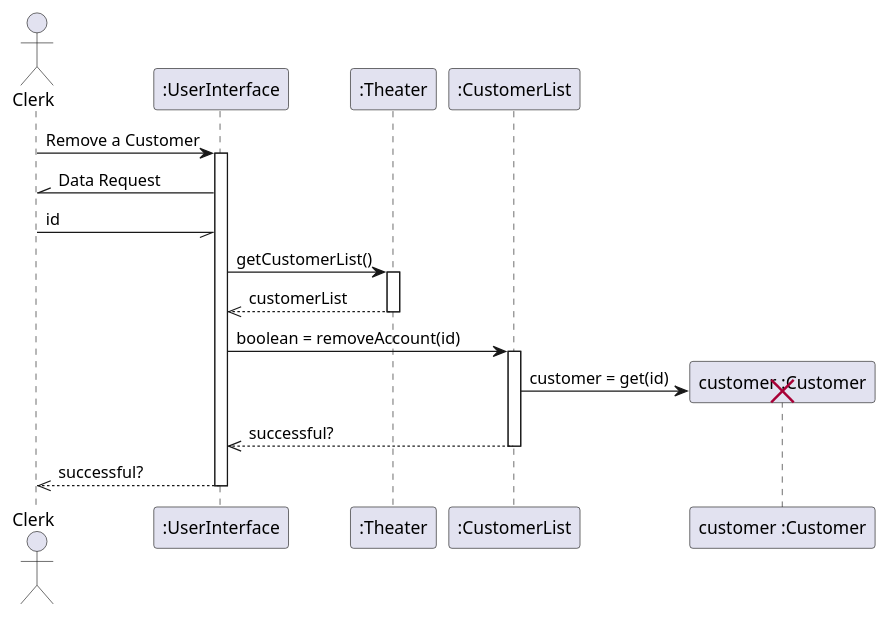
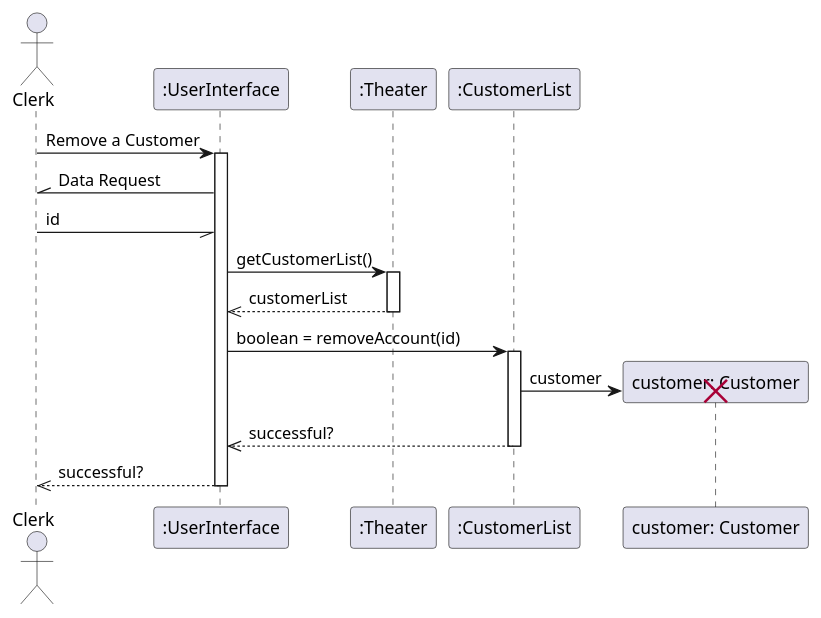
One commit to FreezeWarp/372Groupwork changed the diagram in src/SequenceDiagrams/RemoveCustomer.pu. Above: the diagram before and after it, drawn with PlantUML. The commit also changed 9 other files, not shown here.

Commit message:
Some sequence diagram fixes

```diff
--- a/src/SequenceDiagrams/RemoveCustomer.pu
+++ b/src/SequenceDiagrams/RemoveCustomer.pu
@@ -1,23 +1,23 @@
 @startuml
 
 actor Clerk
 
 Clerk -> ":UserInterface" : Remove a Customer
 activate ":UserInterface"
 Clerk //- ":UserInterface": Data Request
 Clerk -// ":UserInterface": id
 
 ":UserInterface" -> ":Theater" : getCustomerList()
 activate ":Theater"
 ":Theater" -->> ":UserInterface": customerList
 deactivate ":Theater"
 ":UserInterface" -> ":CustomerList": boolean = removeAccount(id)
 activate ":CustomerList"
-create "customer :Customer"
-":CustomerList" -> "customer :Customer": customer = get(id)
-destroy "customer :Customer"
+create "customer: Customer"
+":CustomerList" -> "customer: Customer": customer
+destroy "customer: Customer"
 ":CustomerList" -->> ":UserInterface": successful?
 deactivate ":CustomerList"
 ":UserInterface" -->> Clerk: successful?
 deactivate ":UserInterface"
 @enduml
```
